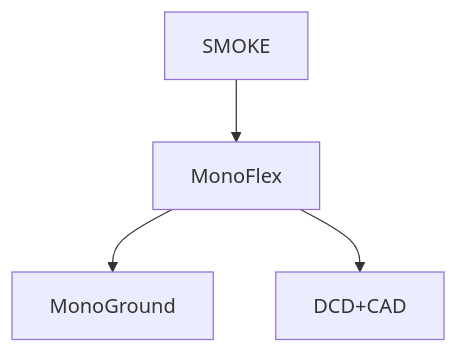
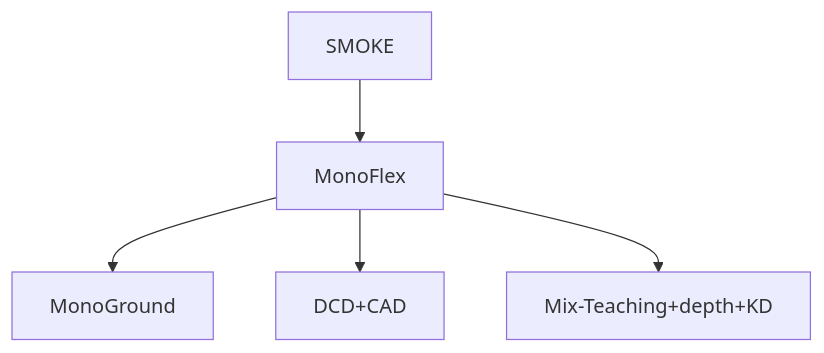
The second of 4 diagrams in README.md (Xiaolong-RRL/Mono3D-Det), drawn with Mermaid before and after one commit.

````diff
--- a/README.md
+++ b/README.md
@@ -14,5 +14,6 @@
 ```mermaid
 graph TD;
 	SMOKE-->MonoFlex-->MonoGround;
 	MonoFlex-->DCD+CAD;
+	MonoFlex-->Mix-Teaching+depth+KD;
 ```
````
